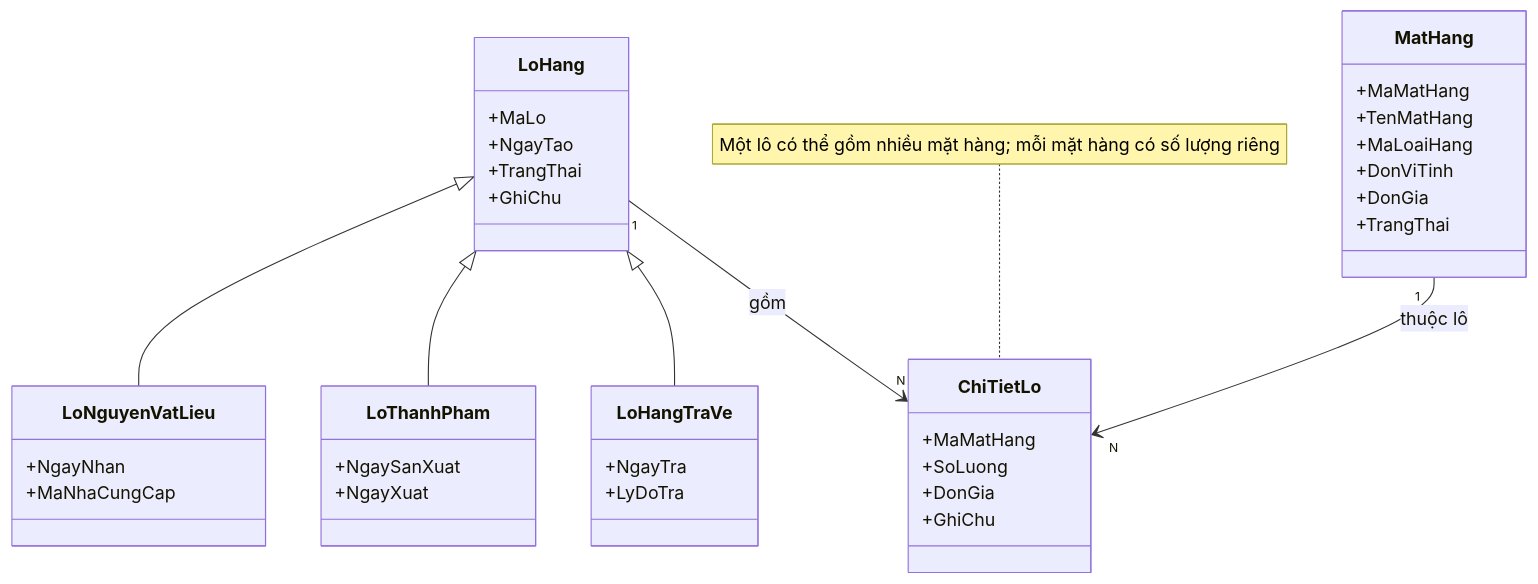
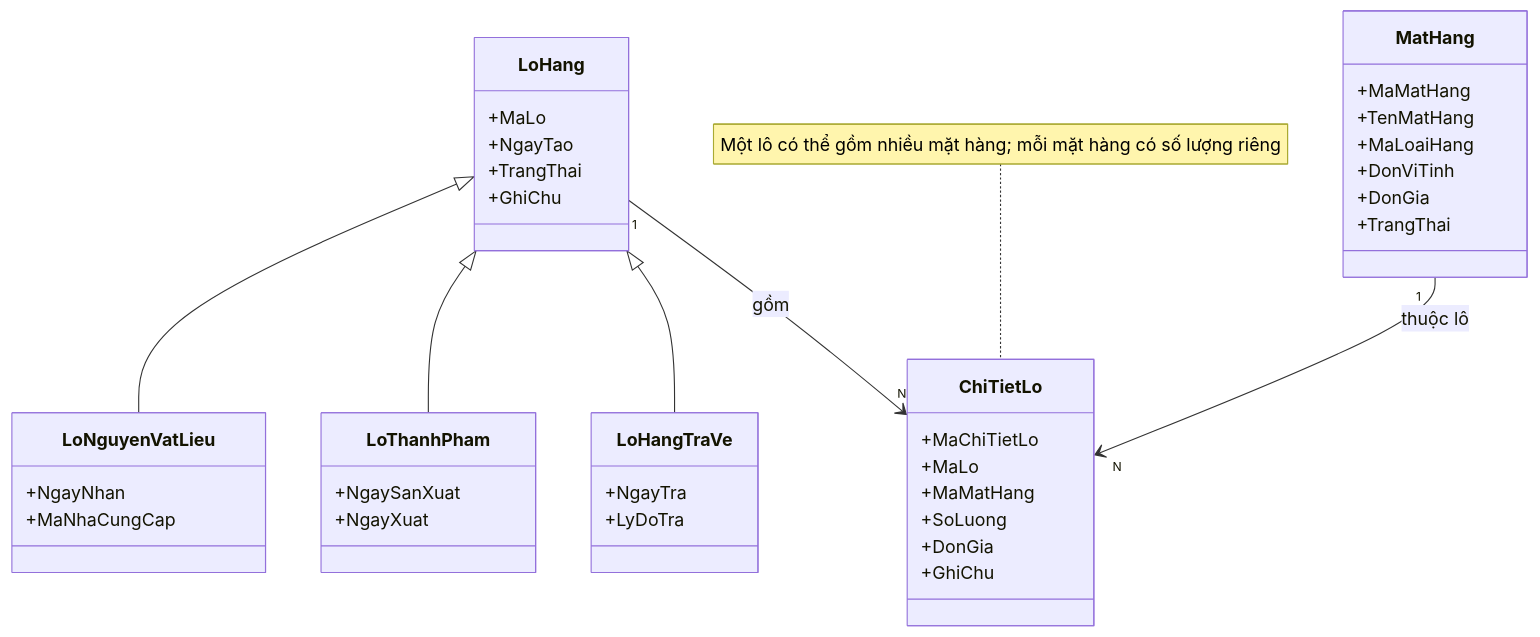
One commit to vthaix/WarehouseSystem changed the eighth of 14 diagrams in domain_model.md. Above: the diagram before and after it, drawn with Mermaid. The commit also changed other lines of this file, not shown here.

````diff
--- a/domain_model.md
+++ b/domain_model.md
@@ -324,51 +389,53 @@
 ```mermaid
 classDiagram
 
     class LoHang {
         +MaLo
         +NgayTao
         +TrangThai
         +GhiChu
     }
 
     class LoNguyenVatLieu {
         +NgayNhan
         +MaNhaCungCap
     }
 
     class LoThanhPham {
         +NgaySanXuat
         +NgayXuat
     }
 
     class LoHangTraVe {
         +NgayTra
         +LyDoTra
     }
 
     class ChiTietLo {
+        +MaChiTietLo
+        +MaLo
         +MaMatHang
         +SoLuong
         +DonGia
         +GhiChu
     }
 
     class MatHang {
         +MaMatHang
         +TenMatHang
         +MaLoaiHang
         +DonViTinh
         +DonGia
         +TrangThai
     }
 
     LoHang <|-- LoNguyenVatLieu
     LoHang <|-- LoThanhPham
     LoHang <|-- LoHangTraVe
 
     LoHang "1" --> "N" ChiTietLo : gồm
     MatHang "1" --> "N" ChiTietLo : thuộc lô
 
     note for ChiTietLo "Một lô có thể gồm nhiều mặt hàng; mỗi mặt hàng có số lượng riêng"
 
 ```
````
